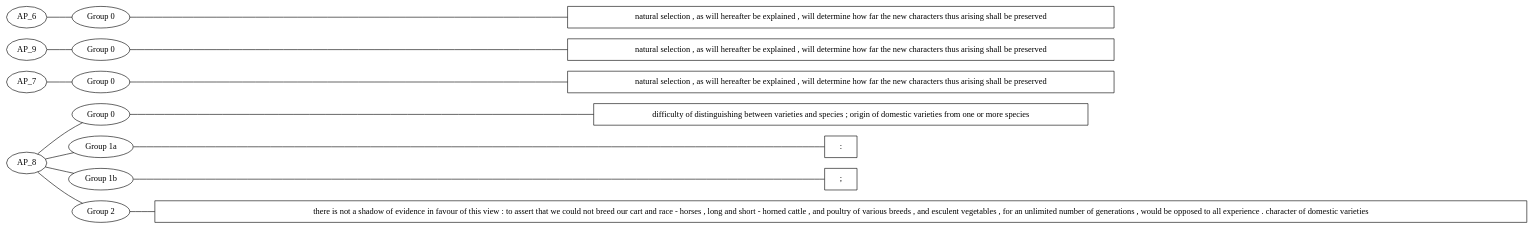
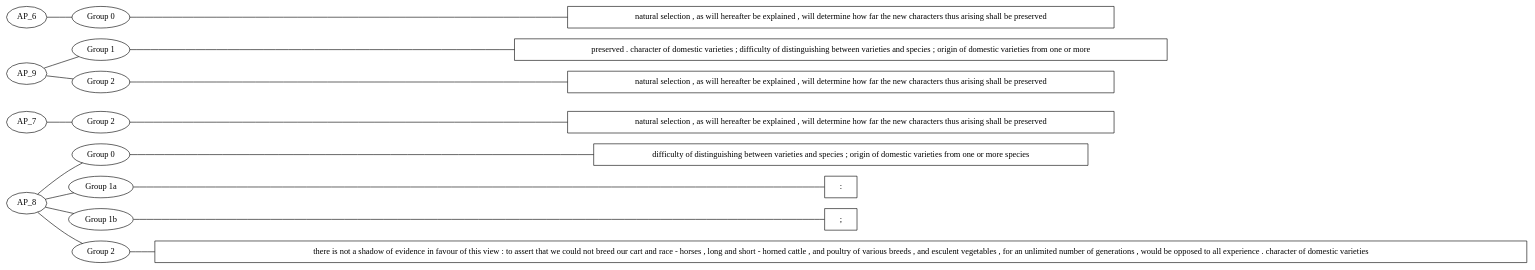
One commit to djbpitt/scala-graphing-sandbox changed the diagram in src/main/outputs/hypergraph.dot. Above: the diagram before and after it, drawn with Graphviz. The commit also changed 2 other files, not shown here.

```diff
--- a/src/main/outputs/hypergraph.dot
+++ b/src/main/outputs/hypergraph.dot
@@ -1,31 +1,35 @@
 graph MyGraph {
 rankdir = LR
 "AP_8_2_reading" [shape=box label="there is not a shadow of evidence in favour of this view : to assert that we could not breed our cart and race - horses , long and short - horned cattle , and poultry of various breeds , and esculent vegetables , for an unlimited number of generations , would be opposed to all experience . character of domestic varieties "]
 "AP_8_1b_reading" [shape=box label="; "]
 "AP_8_1a_reading" [shape=box label=": "]
 "AP_8_0_reading" [shape=box label="difficulty of distinguishing between varieties and species ; origin of domestic varieties from one or more species "]
 "AP_8_0" [label="Group 0"]
 "AP_8_1a" [label="Group 1a"]
 "AP_8_1b" [label="Group 1b"]
 "AP_8_2" [label="Group 2"]
 "AP_8_2" -- "AP_8_2_reading"
 "AP_8_1b" -- "AP_8_1b_reading"
 "AP_8_1a" -- "AP_8_1a_reading"
 "AP_8_0" -- "AP_8_0_reading"
 AP_8 -- "AP_8_2"
 AP_8 -- "AP_8_1b"
 AP_8 -- "AP_8_1a"
 AP_8 -- "AP_8_0"
-"AP_7_0_reading" [shape=box label="natural selection , as will hereafter be explained , will determine how far the new characters thus arising shall be preserved "]
-"AP_7_0" [label="Group 0"]
-"AP_7_0" -- "AP_7_0_reading"
-AP_7 -- "AP_7_0"
-"AP_9_0_reading" [shape=box label="natural selection , as will hereafter be explained , will determine how far the new characters thus arising shall be preserved "]
-"AP_9_0" [label="Group 0"]
-"AP_9_0" -- "AP_9_0_reading"
-AP_9 -- "AP_9_0"
+"AP_7_2_reading" [shape=box label="natural selection , as will hereafter be explained , will determine how far the new characters thus arising shall be preserved "]
+"AP_7_2" [label="Group 2"]
+"AP_7_2" -- "AP_7_2_reading"
+AP_7 -- "AP_7_2"
+"AP_9_2_reading" [shape=box label="natural selection , as will hereafter be explained , will determine how far the new characters thus arising shall be preserved "]
+"AP_9_1_reading" [shape=box label="preserved . character of domestic varieties ; difficulty of distinguishing between varieties and species ; origin of domestic varieties from one or more "]
+"AP_9_1" [label="Group 1"]
+"AP_9_2" [label="Group 2"]
+"AP_9_2" -- "AP_9_2_reading"
+"AP_9_1" -- "AP_9_1_reading"
+AP_9 -- "AP_9_2"
+AP_9 -- "AP_9_1"
 "AP_6_0_reading" [shape=box label="natural selection , as will hereafter be explained , will determine how far the new characters thus arising shall be preserved "]
 "AP_6_0" [label="Group 0"]
 "AP_6_0" -- "AP_6_0_reading"
 AP_6 -- "AP_6_0"
 }
```
